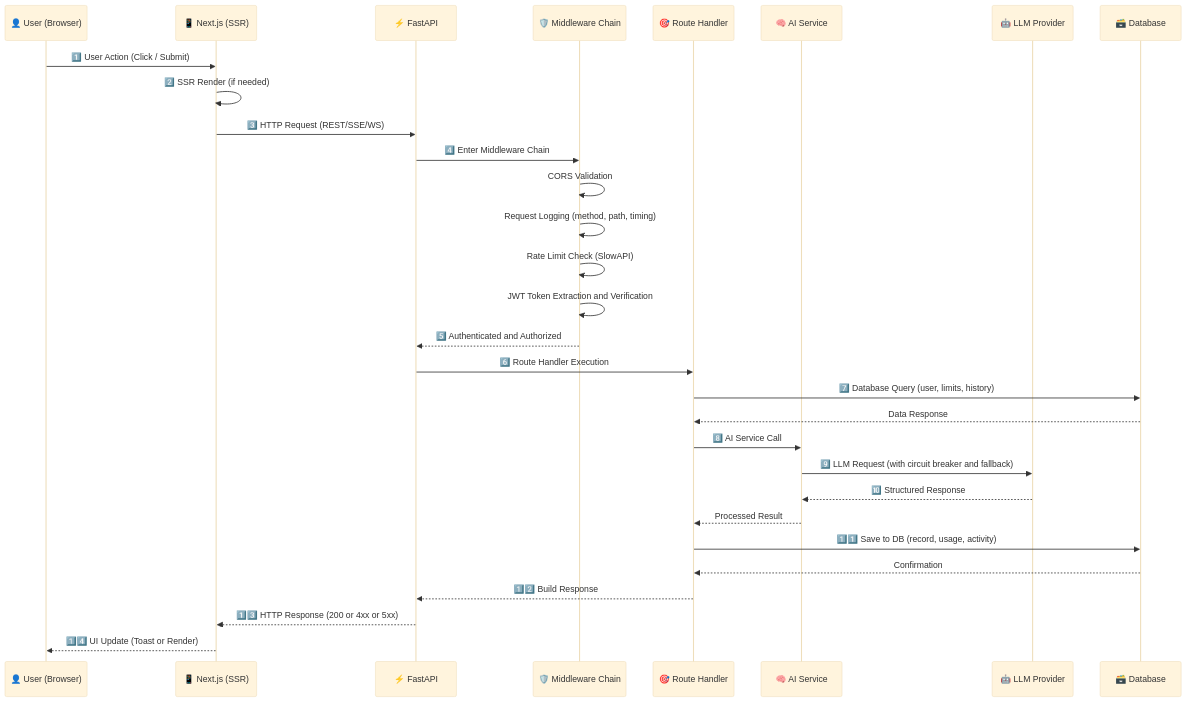
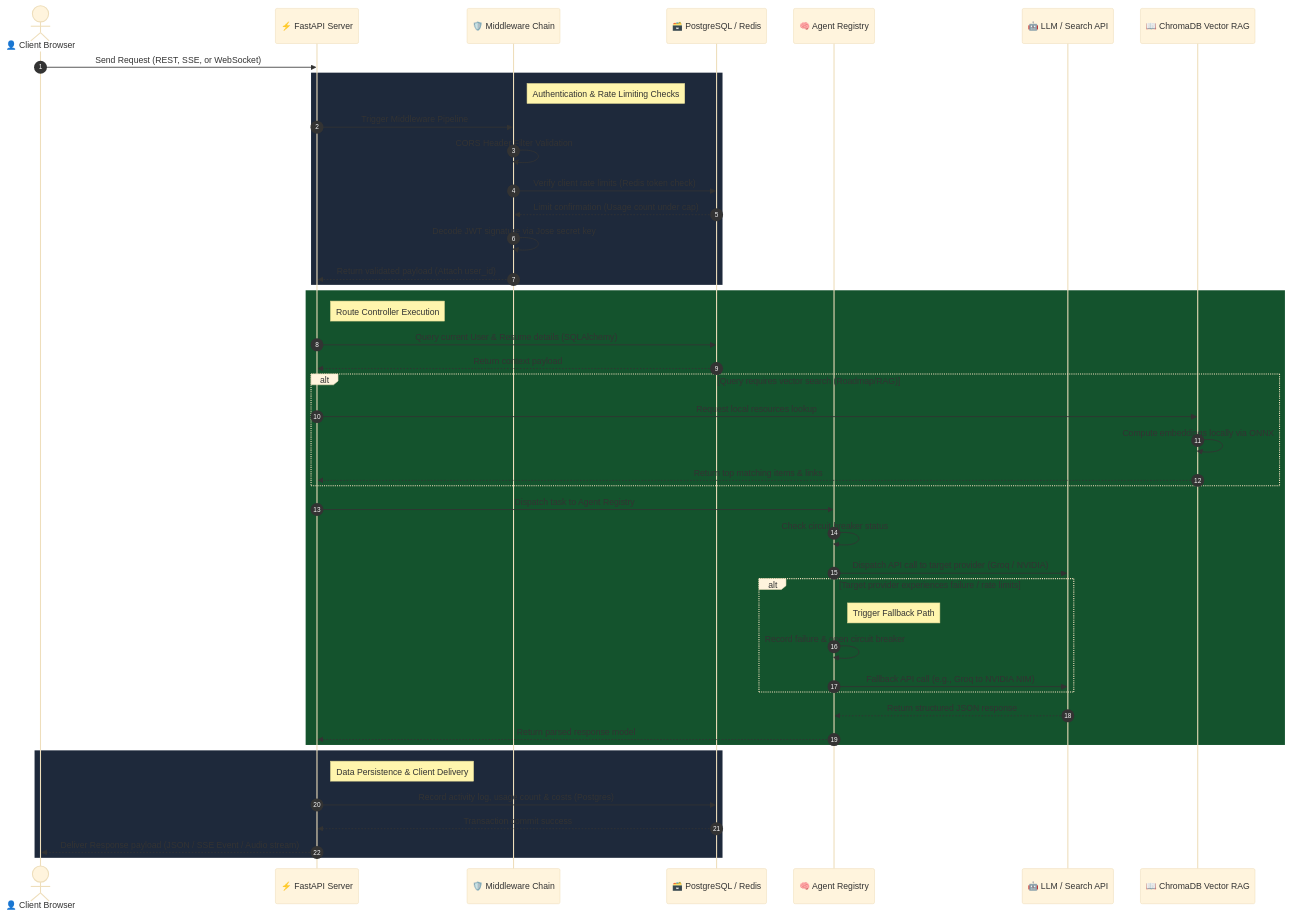
Before and after one commit to Anil-Pradhan-web/ai-career-mentor: the third of 34 diagrams in documentation/ARCHITECTURE.md, drawn with Mermaid (base theme). The commit also changed other lines of this file, not shown here.

Commit message:
docs: rewrite high-level architecture section in ARCHITECTURE.md to match code implementation

````diff
--- a/documentation/ARCHITECTURE.md
+++ b/documentation/ARCHITECTURE.md
@@ -162,38 +200,55 @@
 ```mermaid
 sequenceDiagram
-    participant U as 👤 User (Browser)
-    participant N as 📱 Next.js (SSR)
-    participant A as ⚡ FastAPI
-    participant M as 🛡️ Middleware Chain
-    participant H as 🎯 Route Handler
-    participant AI as 🧠 AI Service
-    participant LLM as 🤖 LLM Provider
-    participant D as 🗃️ Database
+    autonumber
+    actor User as 👤 Client Browser
+    participant Gateway as ⚡ FastAPI Server
+    participant Middleware as 🛡️ Middleware Chain
+    participant Database as 🗃️ PostgreSQL / Redis
+    participant Registry as 🧠 Agent Registry
+    participant LLM as 🤖 LLM / Search API
+    participant RAG as 📖 ChromaDB Vector RAG
 
-    U->>N: 1️⃣ User Action (Click / Submit)
-    N->>N: 2️⃣ SSR Render (if needed)
-    N->>A: 3️⃣ HTTP Request (REST/SSE/WS)
+    User->>Gateway: Send Request (REST, SSE, or WebSocket)
     
-    A->>M: 4️⃣ Enter Middleware Chain
-    M->>M: CORS Validation
-    M->>M: Request Logging (method, path, timing)
-    M->>M: Rate Limit Check (SlowAPI)
-    M->>M: JWT Token Extraction and Verification
-    M-->>A: 5️⃣ Authenticated and Authorized
-    
-    A->>H: 6️⃣ Route Handler Execution
-    H->>D: 7️⃣ Database Query (user, limits, history)
-    D-->>H: Data Response
-    
-    H->>AI: 8️⃣ AI Service Call
-    AI->>LLM: 9️⃣ LLM Request (with circuit breaker and fallback)
-    LLM-->>AI: 🔟 Structured Response
-    AI-->>H: Processed Result
-    
-    H->>D: 1️⃣1️⃣ Save to DB (record, usage, activity)
-    D-->>H: Confirmation
-    
-    H-->>A: 1️⃣2️⃣ Build Response
-    A-->>N: 1️⃣3️⃣ HTTP Response (200 or 4xx or 5xx)
-    N-->>U: 1️⃣4️⃣ UI Update (Toast or Render)
+    rect rgb(30, 41, 59)
+        note right of Middleware: Authentication & Rate Limiting Checks
+        Gateway->>Middleware: Trigger Middleware Pipeline
+        Middleware->>Middleware: CORS Header Filter Validation
+        Middleware->>Database: Verify client rate limits (Redis token check)
+        Database-->>Middleware: Limit confirmation (Usage count under cap)
+        Middleware->>Middleware: Decode JWT signature via Jose secret key
+        Middleware-->>Gateway: Return validated payload (Attach user_id)
+    end
+
+    rect rgb(20, 83, 45)
+        note right of Gateway: Route Controller Execution
+        Gateway->>Database: Query current User & Resume details (SQLAlchemy)
+        Database-->>Gateway: Return context payload
+        
+        alt Query requires vector search (Roadmap/RAG)
+            Gateway->>RAG: Request local resources lookup
+            RAG->>RAG: Compute embeddings locally via ONNX
+            RAG-->>Gateway: Return top matching items & links
+        end
+
+        Gateway->>Registry: Dispatch task to Agent Registry
+        Registry->>Registry: Check circuit breaker status
+        Registry->>LLM: Dispatch API call to target provider (Groq / NVIDIA)
+        
+        alt Target provider experiences failure / rate limits
+            note right of Registry: Trigger Fallback Path
+            Registry->>Registry: Record failure & open circuit breaker
+            Registry->>LLM: Fallback API call (e.g., Groq to NVIDIA NIM)
+        end
+        
+        LLM-->>Registry: Return structured JSON response
+        Registry-->>Gateway: Return parsed response model
+    end
+
+    rect rgb(30, 41, 59)
+        note right of Gateway: Data Persistence & Client Delivery
+        Gateway->>Database: Record activity log, usage count & costs (Postgres)
+        Database-->>Gateway: Transaction commit success
+        Gateway-->>User: Deliver Response payload (JSON / SSE Event / Audio stream)
+    end
 ```
````
